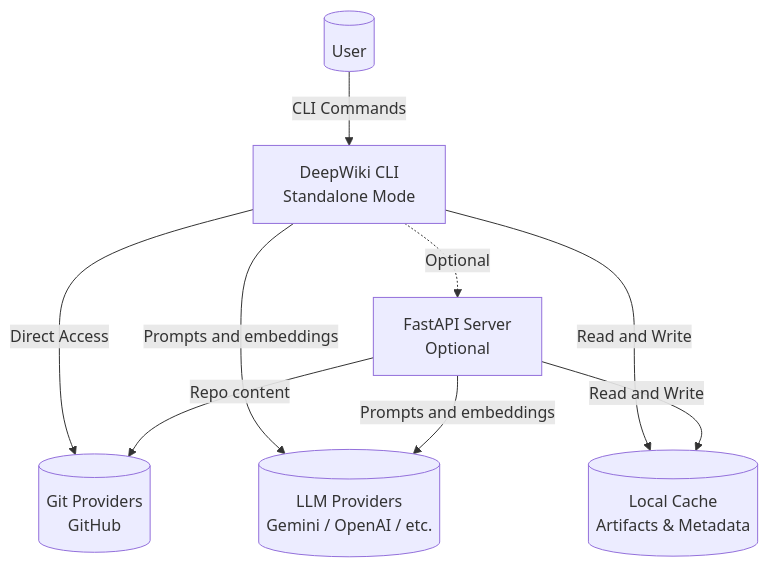
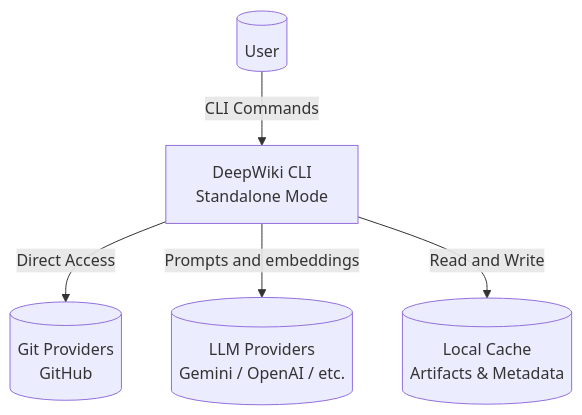
Before and after one commit to oc-andrey-zaharov/OpenCorporates-DeepWiki: the first of 2 diagrams in docs/architecture.md, drawn with Mermaid. The commit also changed other lines of this file and 131 other files, not shown here.

````diff
--- a/docs/architecture.md
+++ b/docs/architecture.md
@@ -19,18 +18,13 @@
 ```mermaid
 graph TD;
   User[(User)];
   CLI[DeepWiki CLI<br/>Standalone Mode];
-  Server[FastAPI Server<br/>Optional];
   GitProviders[(Git Providers<br/>GitHub)];
   LLMs[(LLM Providers<br/>Gemini / OpenAI / etc.)];
   Cache[(Local Cache<br/>Artifacts & Metadata)];
 
   User -->|CLI Commands| CLI;
   CLI -->|Direct Access| GitProviders;
   CLI -->|Prompts and embeddings| LLMs;
   CLI -->|Read and Write| Cache;
-  CLI -.->|Optional| Server;
-  Server -->|Repo content| GitProviders;
-  Server -->|Prompts and embeddings| LLMs;
-  Server -->|Read and Write| Cache;
 ```
````
